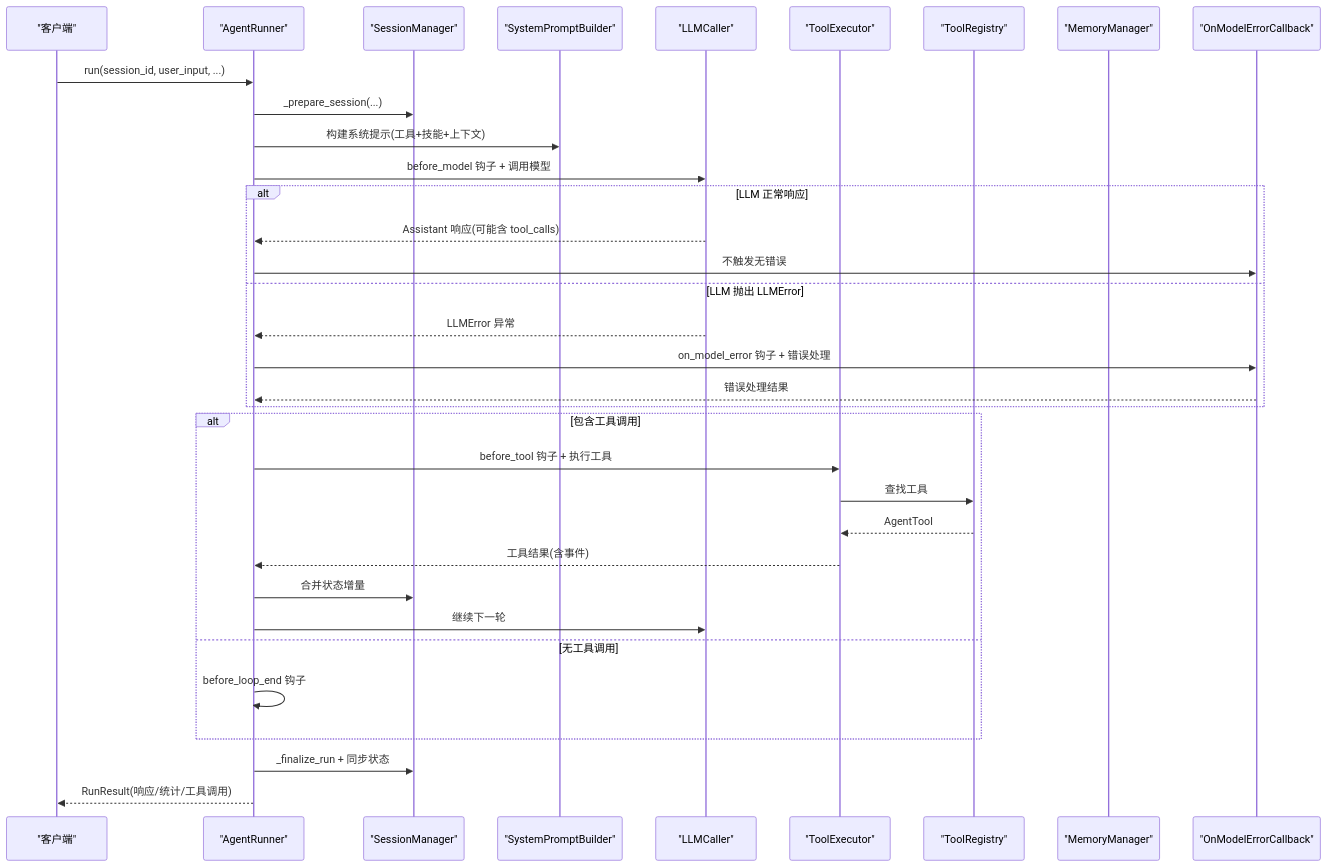
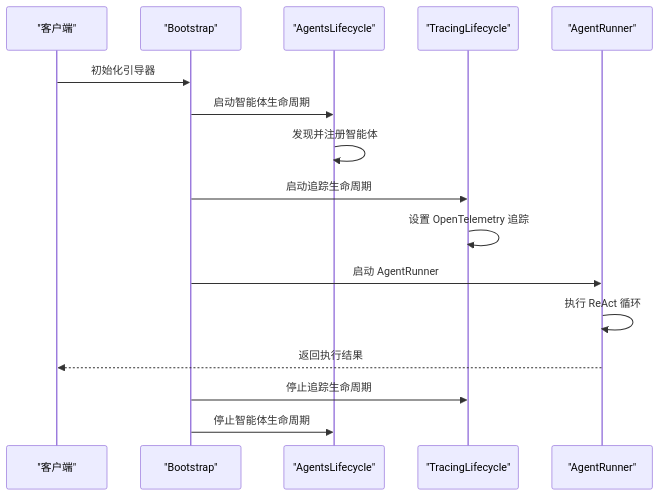
Before and after one commit to YU-JI-KUI/ark-agentic: the second of 10 diagrams in repowiki/zh/content/核心框架/核心框架.md, drawn with Mermaid. The commit also changed other lines of this file and 116 other files, not shown here.

````diff
--- a/repowiki/zh/content/核心框架/核心框架.md
+++ b/repowiki/zh/content/核心框架/核心框架.md
@@ -156,36 +173,18 @@
 ```mermaid
 sequenceDiagram
 participant Client as "客户端"
+participant Bootstrap as "Bootstrap"
+participant Agents as "AgentsLifecycle"
+participant Tracing as "TracingLifecycle"
 participant Runner as "AgentRunner"
-participant Session as "SessionManager"
-participant Prompt as "SystemPromptBuilder"
-participant LLM as "LLMCaller"
-participant Tools as "ToolExecutor"
-participant Registry as "ToolRegistry"
-participant Memory as "MemoryManager"
-participant ErrorHook as "OnModelErrorCallback"
-Client->>Runner : run(session_id, user_input, ...)
-Runner->>Session : _prepare_session(...)
-Runner->>Prompt : 构建系统提示(工具+技能+上下文)
-Runner->>LLM : before_model 钩子 + 调用模型
-alt LLM 正常响应
-LLM-->>Runner : Assistant 响应(可能含 tool_calls)
-Runner->>ErrorHook : 不触发无错误
-else LLM 抛出 LLMError
-LLM-->>Runner : LLMError 异常
-Runner->>ErrorHook : on_model_error 钩子 + 错误处理
-ErrorHook-->>Runner : 错误处理结果
-end
-alt 包含工具调用
-Runner->>Tools : before_tool 钩子 + 执行工具
-Tools->>Registry : 查找工具
-Registry-->>Tools : AgentTool
-Tools-->>Runner : 工具结果(含事件)
-Runner->>Session : 合并状态增量
-Runner->>LLM : 继续下一轮
-else 无工具调用
-Runner->>Runner : before_loop_end 钩子
-end
-Runner->>Session : _finalize_run + 同步状态
-Runner-->>Client : RunResult(响应/统计/工具调用)
+Client->>Bootstrap : 初始化引导器
+Bootstrap->>Agents : 启动智能体生命周期
+Agents->>Agents : 发现并注册智能体
+Bootstrap->>Tracing : 启动追踪生命周期
+Tracing->>Tracing : 设置 OpenTelemetry 追踪
+Bootstrap->>Runner : 启动 AgentRunner
+Runner->>Runner : 执行 ReAct 循环
+Runner-->>Client : 返回执行结果
+Bootstrap->>Tracing : 停止追踪生命周期
+Bootstrap->>Agents : 停止智能体生命周期
 ```
````
